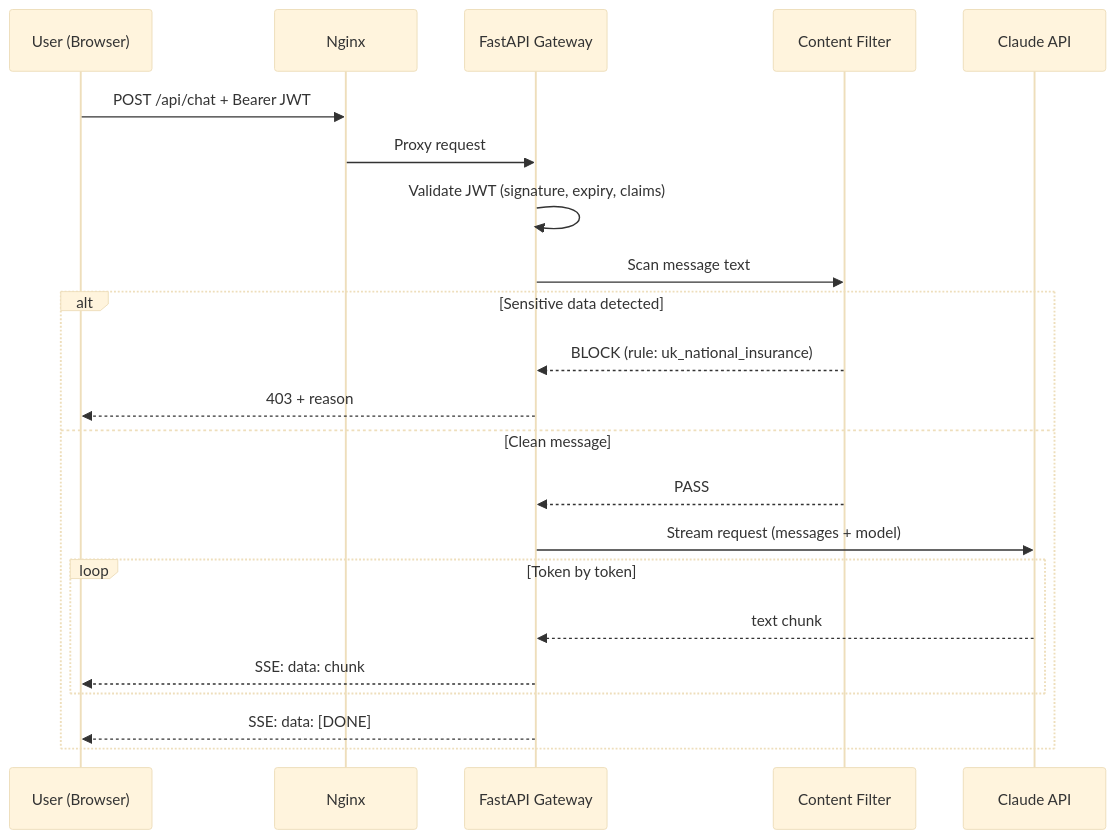
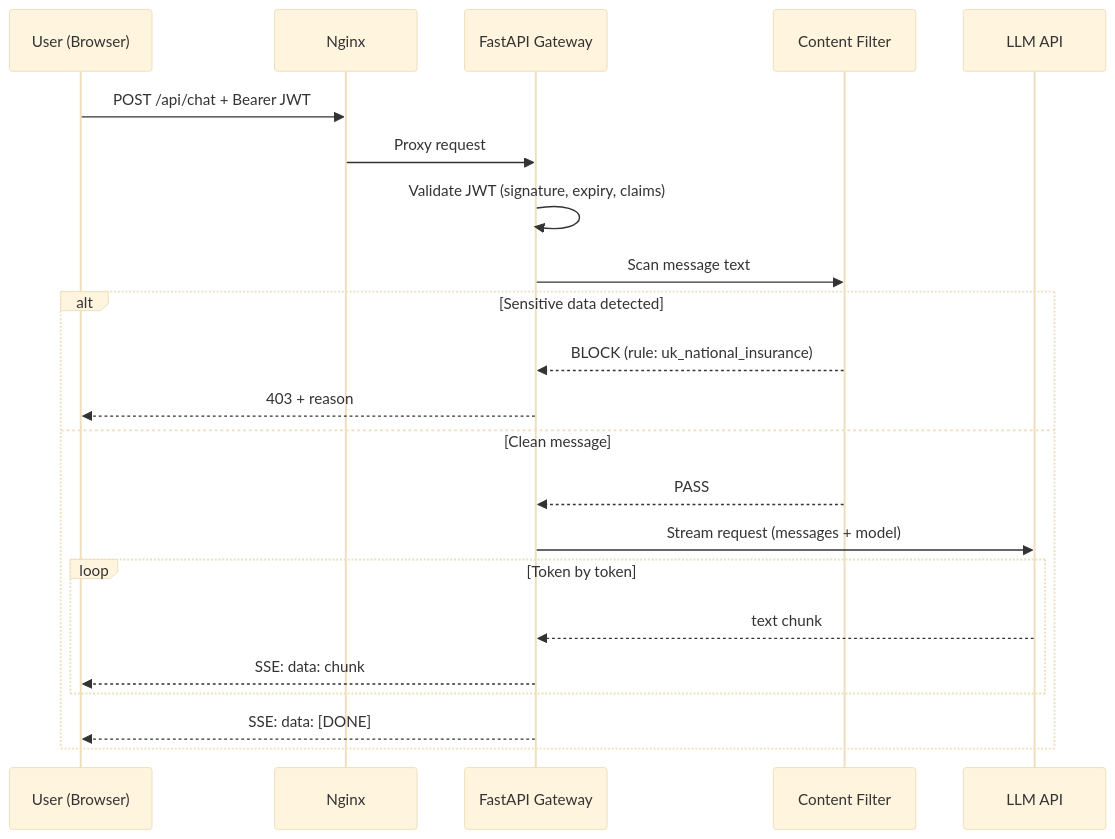
Before and after one commit to alezenonos/chatgateway: the second of 6 diagrams in README.md, drawn with Mermaid (base theme). The commit also changed other lines of this file, not shown here.

````diff
--- a/README.md
+++ b/README.md
@@ -40,26 +68,26 @@
 ```mermaid
 sequenceDiagram
     participant U as User (Browser)
     participant N as Nginx
     participant G as FastAPI Gateway
     participant F as Content Filter
-    participant C as Claude API
+    participant L as LLM API
 
     U->>N: POST /api/chat + Bearer JWT
     N->>G: Proxy request
     G->>G: Validate JWT (signature, expiry, claims)
     G->>F: Scan message text
     
     alt Sensitive data detected
         F-->>G: BLOCK (rule: uk_national_insurance)
         G-->>U: 403 + reason
     else Clean message
         F-->>G: PASS
-        G->>C: Stream request (messages + model)
+        G->>L: Stream request (messages + model)
         loop Token by token
-            C-->>G: text chunk
+            L-->>G: text chunk
             G-->>U: SSE: data: chunk
         end
         G-->>U: SSE: data: [DONE]
     end
 ```
````
